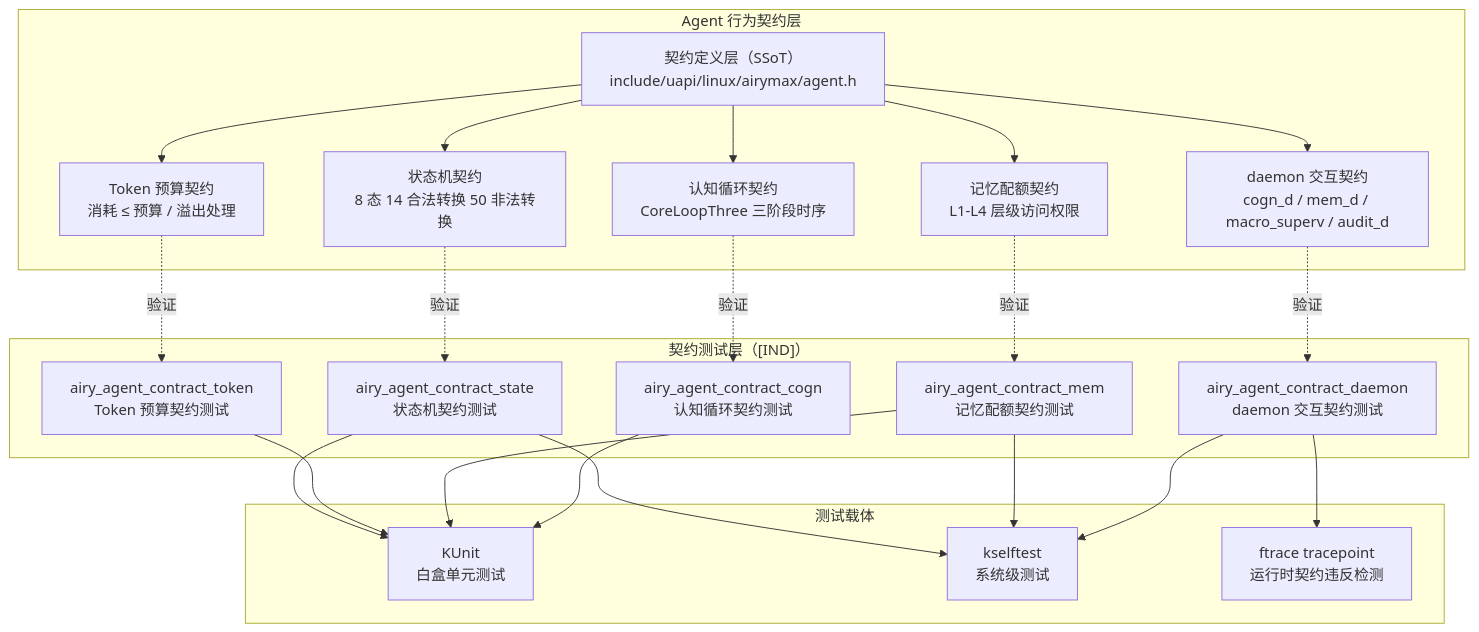
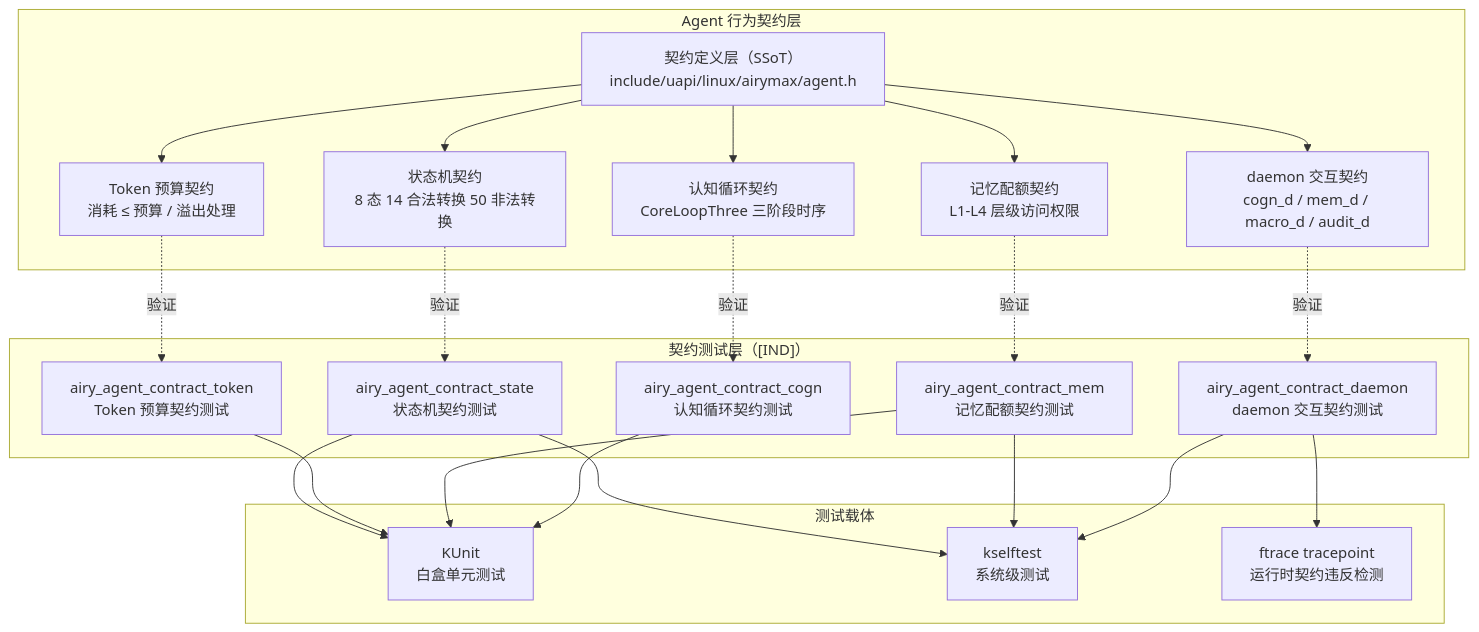
One commit to openairymax/docs changed the diagram in AirymaxOS/80-testing/08-agent-contract-testing.md. Above: the diagram before and after it, drawn with Mermaid. The commit also changed other lines of this file and 71 other files, not shown here.

````diff
--- a/AirymaxOS/80-testing/08-agent-contract-testing.md
+++ b/AirymaxOS/80-testing/08-agent-contract-testing.md
@@ -46,43 +46,43 @@
 ```mermaid
 flowchart TB
     subgraph "Agent 行为契约层"
         A["契约定义层（SSoT）<br/>include/uapi/linux/airymax/agent.h"]
         B1["状态机契约<br/>8 态 14 合法转换 50 非法转换"]
         B2["Token 预算契约<br/>消耗 ≤ 预算 / 溢出处理"]
         B3["记忆配额契约<br/>L1-L4 层级访问权限"]
         B4["认知循环契约<br/>CoreLoopThree 三阶段时序"]
-        B5["daemon 交互契约<br/>cogn_d / mem_d / macro_superv / audit_d"]
+        B5["daemon 交互契约<br/>cogn_d / mem_d / macro_d / audit_d"]
     end
     A --> B1
     A --> B2
     A --> B3
     A --> B4
     A --> B5
     
     subgraph "契约测试层（[IND]）"
         C1["airy_agent_contract_state<br/>状态机契约测试"]
         C2["airy_agent_contract_token<br/>Token 预算契约测试"]
         C3["airy_agent_contract_mem<br/>记忆配额契约测试"]
         C4["airy_agent_contract_cogn<br/>认知循环契约测试"]
         C5["airy_agent_contract_daemon<br/>daemon 交互契约测试"]
     end
     B1 -.->|验证| C1
     B2 -.->|验证| C2
     B3 -.->|验证| C3
     B4 -.->|验证| C4
     B5 -.->|验证| C5
     
     subgraph "测试载体"
         D1["KUnit<br/>白盒单元测试"]
         D2["kselftest<br/>系统级测试"]
         D3["ftrace tracepoint<br/>运行时契约违反检测"]
     end
     C1 --> D1
     C1 --> D2
     C2 --> D1
     C3 --> D1
     C3 --> D2
     C4 --> D1
     C5 --> D2
     C5 --> D3
 ```
````
